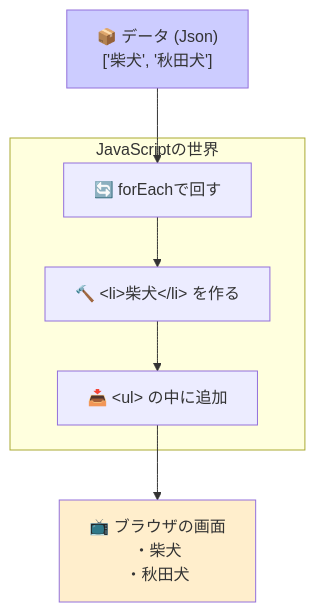
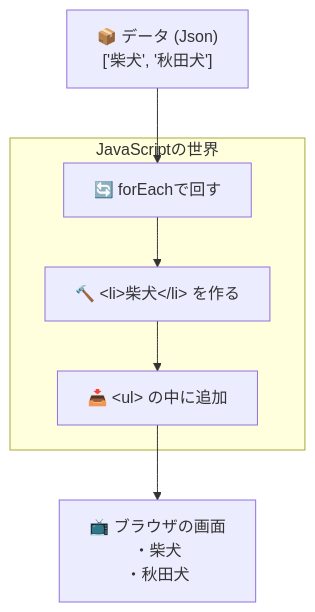
The first of 2 diagrams in D11.md (komiyamma/site_ichika_study_async_await_fetch), drawn with Mermaid before and after one commit.

Commit message:
**docs(D11): 冗長なスタイル指定を削除**

````diff
--- a/D11.md
+++ b/D11.md
@@ -134,17 +134,15 @@
 ```mermaid
 graph TD
     Data["📦 データ (Json)<br>['柴犬', '秋田犬']"]
     
     subgraph JS [JavaScriptの世界]
         Loop["🔄 forEachで回す"]
         Make["🔨 &lt;li&gt;柴犬&lt;/li&gt; を作る"]
         Append["📥 &lt;ul&gt; の中に追加"]
     end
     
     UI["📺 ブラウザの画面<br>・柴犬<br>・秋田犬"]
     
     Data --> Loop --> Make --> Append --> UI
-    
-    style Data fill:#ccf
-    style UI fill:#fec
+
 ```
````
